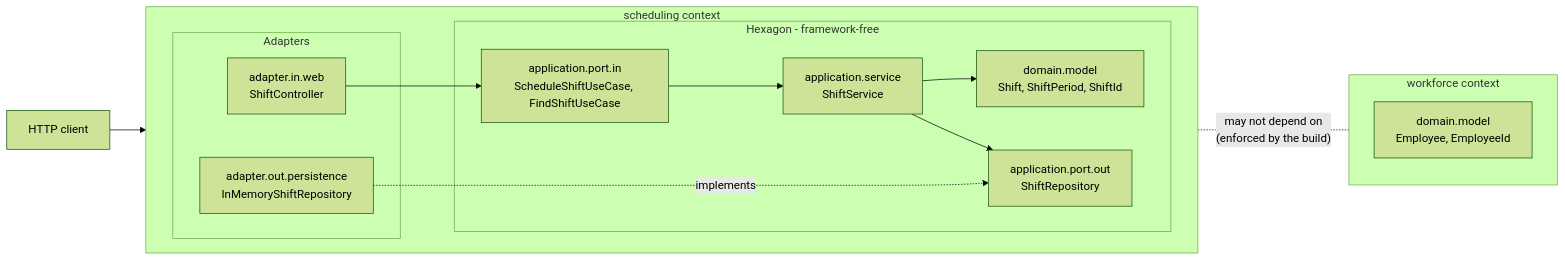
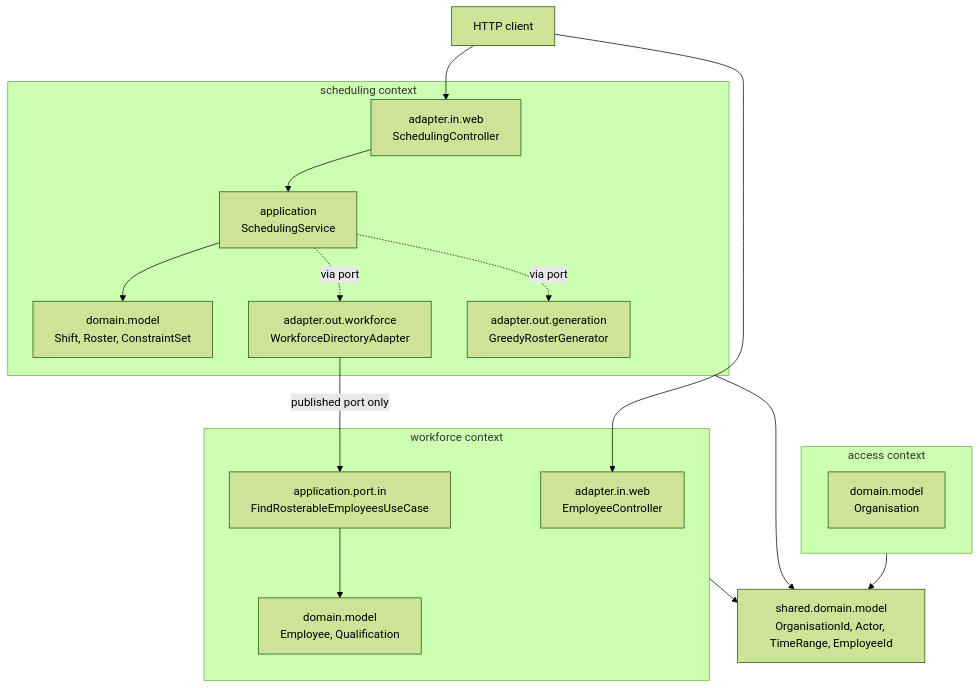
One commit to NaimElijah/HrSched changed the first of 2 diagrams in docs/architecture/architecture.md. Above: the diagram before and after it, drawn with Mermaid (forest theme). The commit also changed other lines of this file and 7 other files, not shown here.

````diff
--- a/docs/architecture/architecture.md
+++ b/docs/architecture/architecture.md
@@ -39,31 +26,36 @@
 ```mermaid
-flowchart LR
+flowchart TB
     client[HTTP client]
 
     subgraph scheduling [scheduling context]
-        direction LR
-        subgraph adapters [Adapters]
-            web["adapter.in.web<br/>ShiftController"]
-            store["adapter.out.persistence<br/>InMemoryShiftRepository"]
-        end
-        subgraph hexagon [Hexagon - framework-free]
-            portIn["application.port.in<br/>ScheduleShiftUseCase, FindShiftUseCase"]
-            service["application.service<br/>ShiftService"]
-            portOut["application.port.out<br/>ShiftRepository"]
-            domain["domain.model<br/>Shift, ShiftPeriod, ShiftId"]
-        end
+        schedWeb["adapter.in.web<br/>SchedulingController"]
+        schedApp["application<br/>SchedulingService"]
+        schedDom["domain.model<br/>Shift, Roster, ConstraintSet"]
+        acl["adapter.out.workforce<br/>WorkforceDirectoryAdapter"]
+        gen["adapter.out.generation<br/>GreedyRosterGenerator"]
     end
 
     subgraph workforce [workforce context]
-        wfDomain["domain.model<br/>Employee, EmployeeId"]
+        wfWeb["adapter.in.web<br/>EmployeeController"]
+        wfPub["application.port.in<br/>FindRosterableEmployeesUseCase"]
+        wfDom["domain.model<br/>Employee, Qualification"]
     end
 
-    client --> web
-    web --> portIn
-    portIn --> service
-    service --> domain
-    service --> portOut
-    store -.implements.-> portOut
+    subgraph access [access context]
+        accDom["domain.model<br/>Organisation"]
+    end
 
-    scheduling -. "may not depend on<br/>(enforced by the build)" .- workforce
+    kernel["shared.domain.model<br/>OrganisationId, Actor, TimeRange, EmployeeId"]
+
+    client --> schedWeb
+    client --> wfWeb
+    schedWeb --> schedApp
+    schedApp --> schedDom
+    schedApp -.via port.-> acl
+    schedApp -.via port.-> gen
+    acl -->|published port only| wfPub
+    wfPub --> wfDom
+    scheduling --> kernel
+    workforce --> kernel
+    access --> kernel
 ```
````
